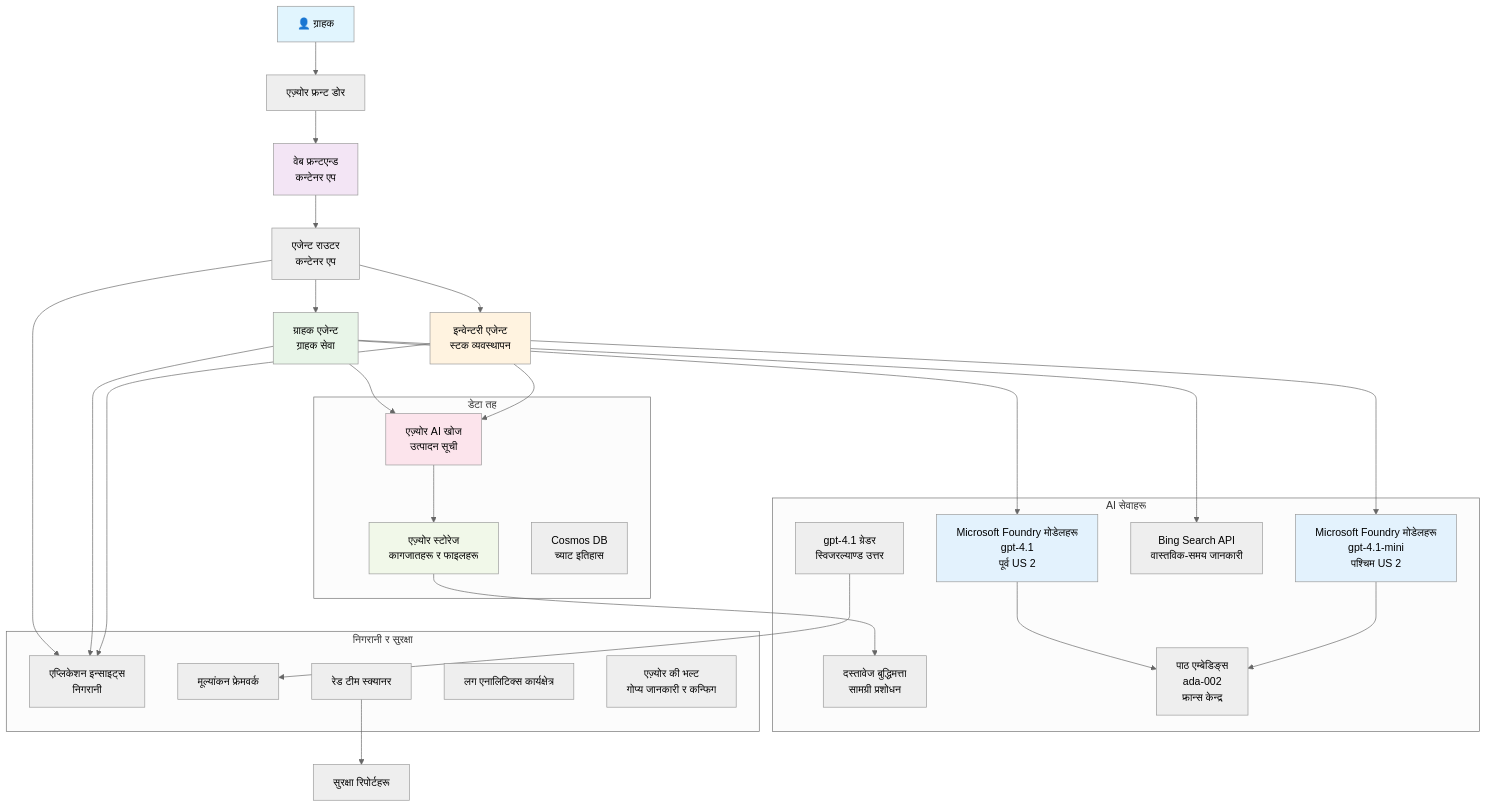
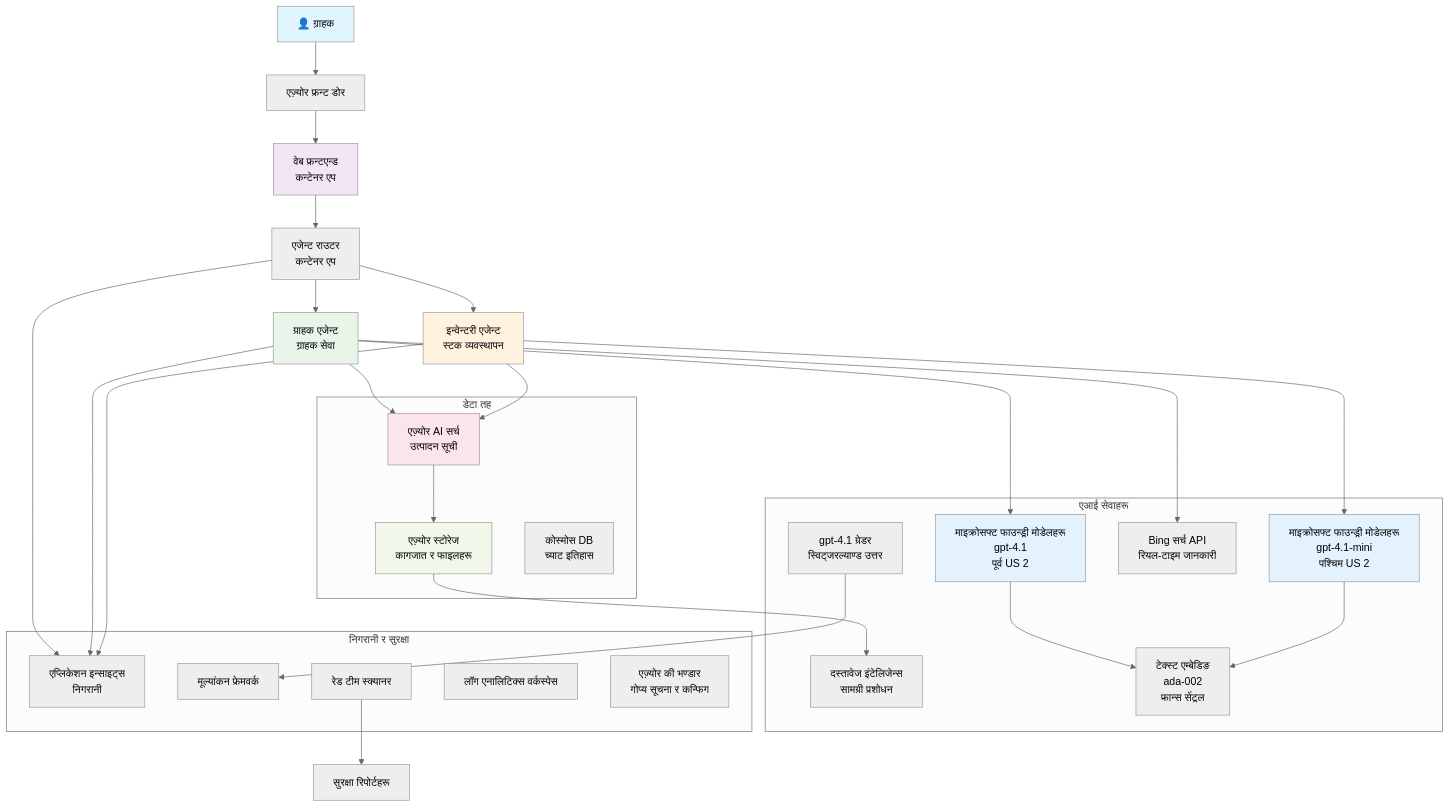
The diagram in translations/ne/examples/retail-scenario.md (microsoft/AZD-for-beginners), drawn with Mermaid (neutral theme) before and after one commit. The commit also changed other lines of this file and 104 other files, not shown here.

````diff
--- a/translations/ne/examples/retail-scenario.md
+++ b/translations/ne/examples/retail-scenario.md
@@ -139,61 +139,61 @@
 ```mermaid
 graph TB
     User[👤 ग्राहक] --> LB[एज़्योर फ्रन्ट डोर]
     LB --> WebApp[वेब फ्रन्टएन्ड<br/>कन्टेनर एप]
     
     WebApp --> Router[एजेन्ट राउटर<br/>कन्टेनर एप]
     Router --> CustomerAgent[ग्राहक एजेन्ट<br/>ग्राहक सेवा]
     Router --> InvAgent[इन्वेन्टरी एजेन्ट<br/>स्टक व्यवस्थापन]
     
-    CustomerAgent --> OpenAI1[Microsoft Foundry मोडेलहरू<br/>gpt-4.1<br/>पूर्व US 2]
-    InvAgent --> OpenAI2[Microsoft Foundry मोडेलहरू<br/>gpt-4.1-mini<br/>पश्चिम US 2]
+    CustomerAgent --> OpenAI1[माइक्रोसफ्ट फाउन्ड्री मोडेलहरू<br/>gpt-4.1<br/>पूर्व US 2]
+    InvAgent --> OpenAI2[माइक्रोसफ्ट फाउन्ड्री मोडेलहरू<br/>gpt-4.1-mini<br/>पश्चिम US 2]
     
-    CustomerAgent --> AISearch[एज़्योर AI खोज<br/>उत्पादन सूची]
-    CustomerAgent --> BingSearch[Bing Search API<br/>वास्तविक-समय जानकारी]
+    CustomerAgent --> AISearch[एज़्योर AI सर्च<br/>उत्पादन सूची]
+    CustomerAgent --> BingSearch[Bing सर्च API<br/>रियल-टाइम जानकारी]
     InvAgent --> AISearch
     
-    AISearch --> Storage[एज़्योर स्टोरेज<br/>कागजातहरू र फाइलहरू]
-    Storage --> DocIntel[दस्तावेज बुद्धिमत्ता<br/>सामग्री प्रशोधन]
+    AISearch --> Storage[एज़्योर स्टोरेज<br/>कागजात र फाइलहरू]
+    Storage --> DocIntel[दस्तावेज इंटेलिजेन्स<br/>सामग्री प्रशोधन]
     
-    OpenAI1 --> Embeddings[पाठ एम्बेडिङ्स<br/>ada-002<br/>फ्रान्स केन्द्र]
+    OpenAI1 --> Embeddings[टेक्स्ट एम्बेडिङ<br/>ada-002<br/>फ्रान्स सेंट्रल]
     OpenAI2 --> Embeddings
     
     Router --> AppInsights[एप्लिकेशन इन्साइट्स<br/>निगरानी]
     CustomerAgent --> AppInsights
     InvAgent --> AppInsights
     
-    GraderModel[gpt-4.1 ग्रेडर<br/>स्विजरल्याण्ड उत्तर] --> Evaluation[मूल्यांकन फ्रेमवर्क]
+    GraderModel[gpt-4.1 ग्रेडर<br/>स्विट्जरल्याण्ड उत्तर] --> Evaluation[मूल्यांकन फ्रेमवर्क]
     RedTeam[रेड टीम स्क्यानर] --> SecurityReports[सुरक्षा रिपोर्टहरू]
     
     subgraph "डेटा तह"
         Storage
         AISearch
-        CosmosDB[Cosmos DB<br/>च्याट इतिहास]
+        CosmosDB[कोस्मोस DB<br/>च्याट इतिहास]
     end
     
-    subgraph "AI सेवाहरू"
+    subgraph "एआई सेवाहरू"
         OpenAI1
         OpenAI2
         Embeddings
         GraderModel
         DocIntel
         BingSearch
     end
     
     subgraph "निगरानी र सुरक्षा"
         AppInsights
-        LogAnalytics[लग एनालिटिक्स कार्यक्षेत्र]
-        KeyVault[एज़्योर की भल्ट<br/>गोप्य जानकारी र कन्फिग]
+        LogAnalytics[लॉग एनालिटिक्स वर्कस्पेस]
+        KeyVault[एज़्योर की भण्डार<br/>गोप्य सूचना र कन्फिग]
         RedTeam
         Evaluation
     end
     
     style User fill:#e1f5fe
     style WebApp fill:#f3e5f5
     style CustomerAgent fill:#e8f5e8
     style InvAgent fill:#fff3e0
     style OpenAI1 fill:#e3f2fd
     style OpenAI2 fill:#e3f2fd
     style AISearch fill:#fce4ec
     style Storage fill:#f1f8e9
 ```
````
